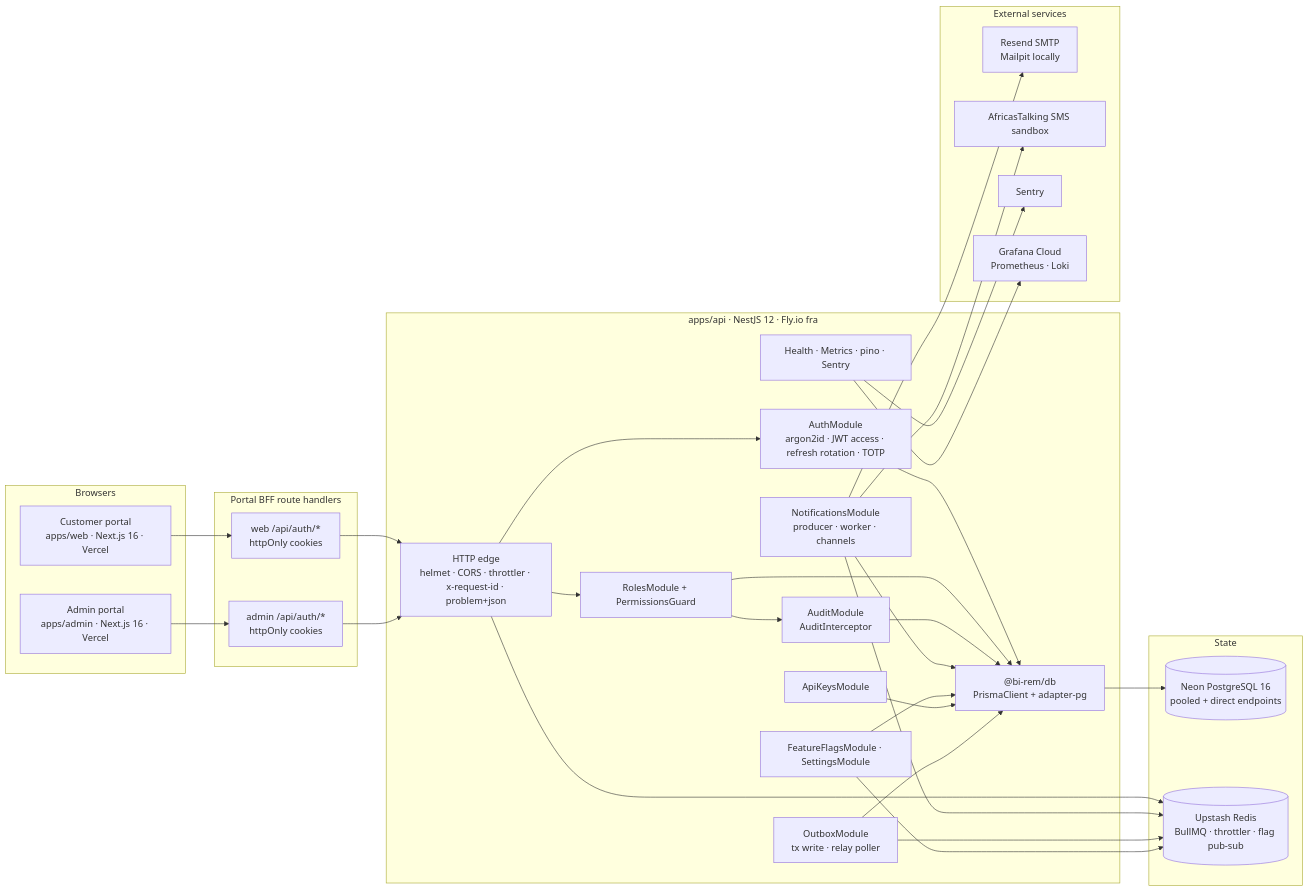
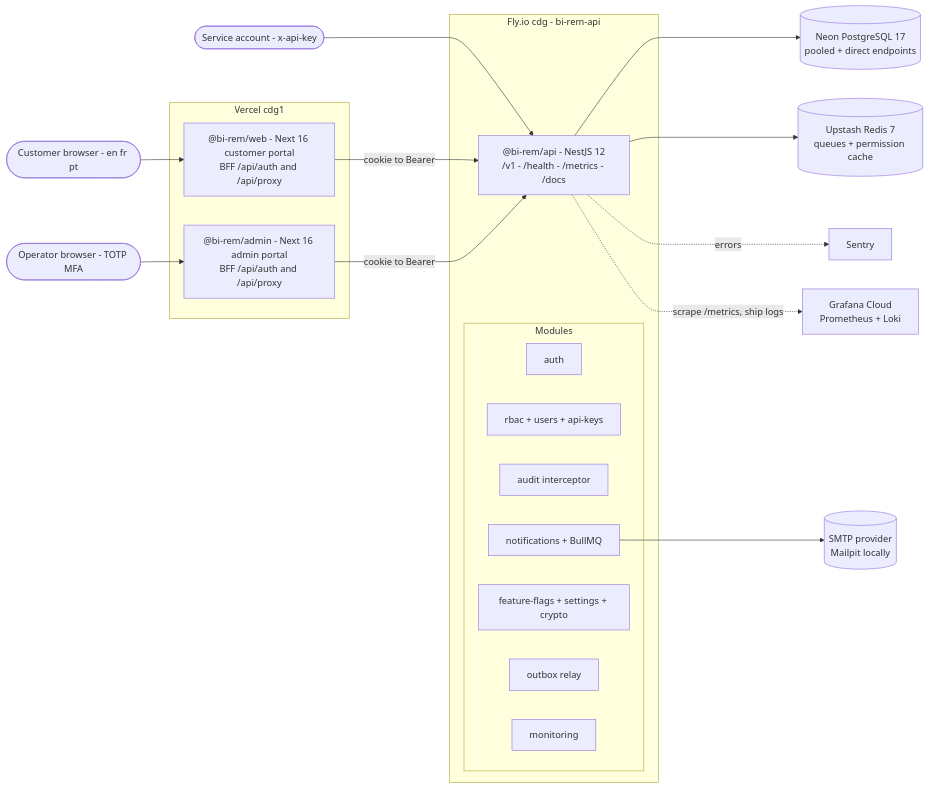
One commit to wouapit999/wouapit999 changed the second of 6 diagrams in docs/phases/phase-01-foundation.md. Above: the diagram before and after it, drawn with Mermaid. The commit also changed other lines of this file and 5 other files, not shown here.

````diff
--- a/docs/phases/phase-01-foundation.md
+++ b/docs/phases/phase-01-foundation.md
@@ -220,59 +203,41 @@
 ```mermaid
 flowchart LR
-  subgraph Clients["Browsers"]
-    CP["Customer portal<br/>apps/web · Next.js 16 · Vercel"]
-    AP["Admin portal<br/>apps/admin · Next.js 16 · Vercel"]
+  customer(["Customer browser - en fr pt"])
+  operator(["Operator browser - TOTP MFA"])
+  svc(["Service account - x-api-key"])
+
+  subgraph vercel["Vercel cdg1"]
+    web["@bi-rem/web - Next 16 customer portal<br/>BFF /api/auth and /api/proxy"]
+    admin["@bi-rem/admin - Next 16 admin portal<br/>BFF /api/auth and /api/proxy"]
   end
 
-  subgraph BFF["Portal BFF route handlers"]
-    CBFF["web /api/auth/*<br/>httpOnly cookies"]
-    ABFF["admin /api/auth/*<br/>httpOnly cookies"]
+  subgraph fly["Fly.io cdg - bi-rem-api"]
+    api["@bi-rem/api - NestJS 12<br/>/v1 - /health - /metrics - /docs"]
+    subgraph modules["Modules"]
+      auth["auth"]
+      rbac["rbac + users + api-keys"]
+      audit["audit interceptor"]
+      notif["notifications + BullMQ"]
+      flags["feature-flags + settings + crypto"]
+      outbox["outbox relay"]
+      mon["monitoring"]
+    end
   end
 
-  subgraph API["apps/api · NestJS 12 · Fly.io fra"]
-    GW["HTTP edge<br/>helmet · CORS · throttler · x-request-id · problem+json"]
-    AUTH["AuthModule<br/>argon2id · JWT access · refresh rotation · TOTP"]
-    RBAC["RolesModule + PermissionsGuard"]
-    AUD["AuditModule<br/>AuditInterceptor"]
-    NOTIF["NotificationsModule<br/>producer · worker · channels"]
-    FLAGS["FeatureFlagsModule · SettingsModule"]
-    KEYS["ApiKeysModule"]
-    OUTBOX["OutboxModule<br/>tx write · relay poller"]
-    OBS["Health · Metrics · pino · Sentry"]
-    PRISMA["@bi-rem/db<br/>PrismaClient + adapter-pg"]
-  end
+  neon[("Neon PostgreSQL 17<br/>pooled + direct endpoints")]
+  redis[("Upstash Redis 7<br/>queues + permission cache")]
+  smtp[("SMTP provider<br/>Mailpit locally")]
+  sentry["Sentry"]
+  grafana["Grafana Cloud<br/>Prometheus + Loki"]
 
-  subgraph Data["State"]
-    NEON[("Neon PostgreSQL 16<br/>pooled + direct endpoints")]
-    REDIS[("Upstash Redis<br/>BullMQ · throttler · flag pub-sub")]
-  end
-
-  subgraph Ext["External services"]
-    RESEND["Resend SMTP<br/>Mailpit locally"]
-    AT["AfricasTalking SMS sandbox"]
-    SENTRY["Sentry"]
-    GRAF["Grafana Cloud<br/>Prometheus · Loki"]
-  end
-
-  CP --> CBFF --> GW
-  AP --> ABFF --> GW
-  GW --> AUTH
-  GW --> RBAC
-  RBAC --> AUD
-  AUTH --> PRISMA
-  RBAC --> PRISMA
-  AUD --> PRISMA
-  NOTIF --> PRISMA
-  FLAGS --> PRISMA
-  KEYS --> PRISMA
-  OUTBOX --> PRISMA
-  PRISMA --> NEON
-  GW --> REDIS
-  NOTIF --> REDIS
-  OUTBOX --> REDIS
-  FLAGS --> REDIS
-  NOTIF --> RESEND
-  NOTIF --> AT
-  OBS --> SENTRY
-  OBS --> GRAF
+  customer --> web
+  operator --> admin
+  svc --> api
+  web -- "cookie to Bearer" --> api
+  admin -- "cookie to Bearer" --> api
+  api --> neon
+  api --> redis
+  notif --> smtp
+  api -. "errors" .-> sentry
+  api -. "scrape /metrics, ship logs" .-> grafana
 ```
````
